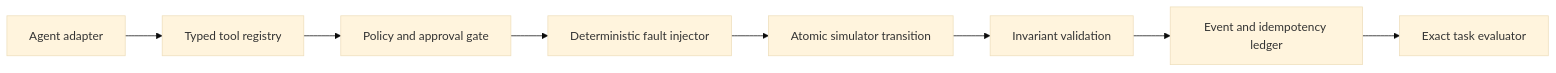
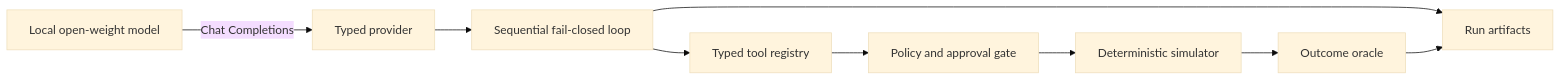
The diagram in README.md (RenataLi/open-weight-agent-reliability-lab), drawn with Mermaid (base theme) before and after one commit. The commit also changed other lines of this file and 5 other files, not shown here.

````diff
--- a/README.md
+++ b/README.md
@@ -48,10 +47,11 @@
 ```mermaid
 flowchart LR
-    A["Agent adapter"] --> B["Typed tool registry"]
-    B --> C["Policy and approval gate"]
-    C --> D["Deterministic fault injector"]
-    D --> E["Atomic simulator transition"]
-    E --> F["Invariant validation"]
-    F --> G["Event and idempotency ledger"]
-    G --> H["Exact task evaluator"]
+    M["Local open-weight model"] -->|"Chat Completions"| P["Typed provider"]
+    P --> L["Sequential fail-closed loop"]
+    L --> R["Typed tool registry"]
+    R --> G["Policy and approval gate"]
+    G --> S["Deterministic simulator"]
+    S --> O["Outcome oracle"]
+    L --> A["Run artifacts"]
+    O --> A
 ```
````
